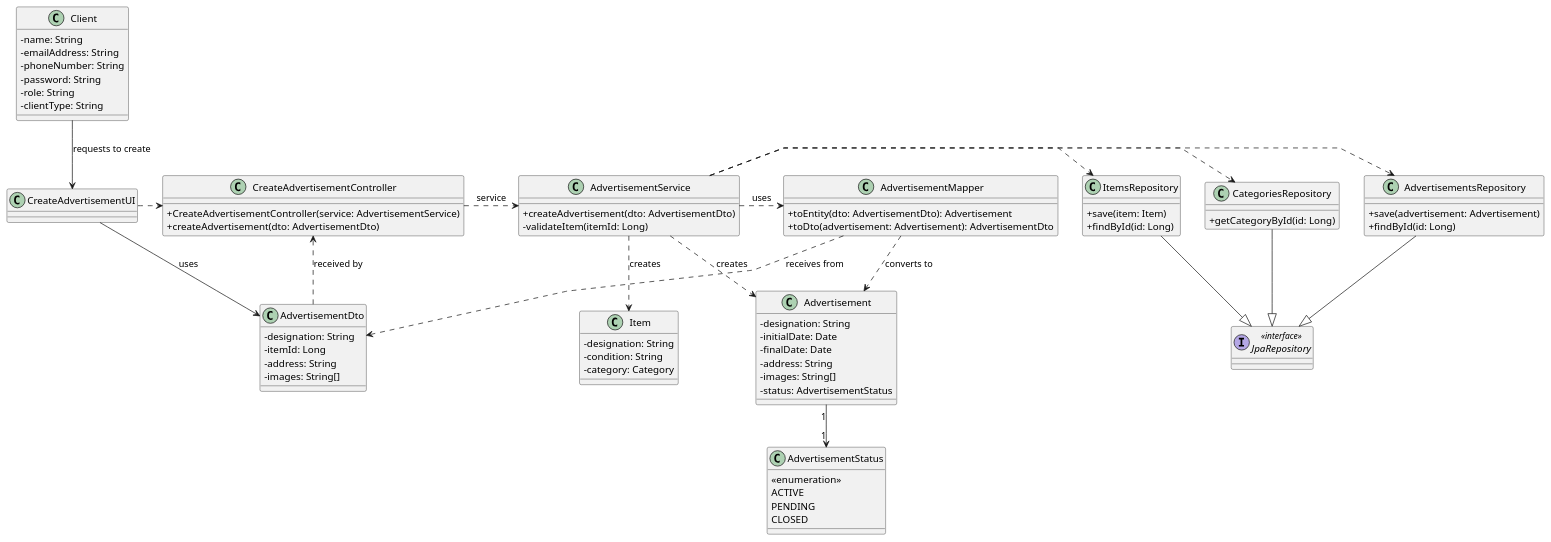
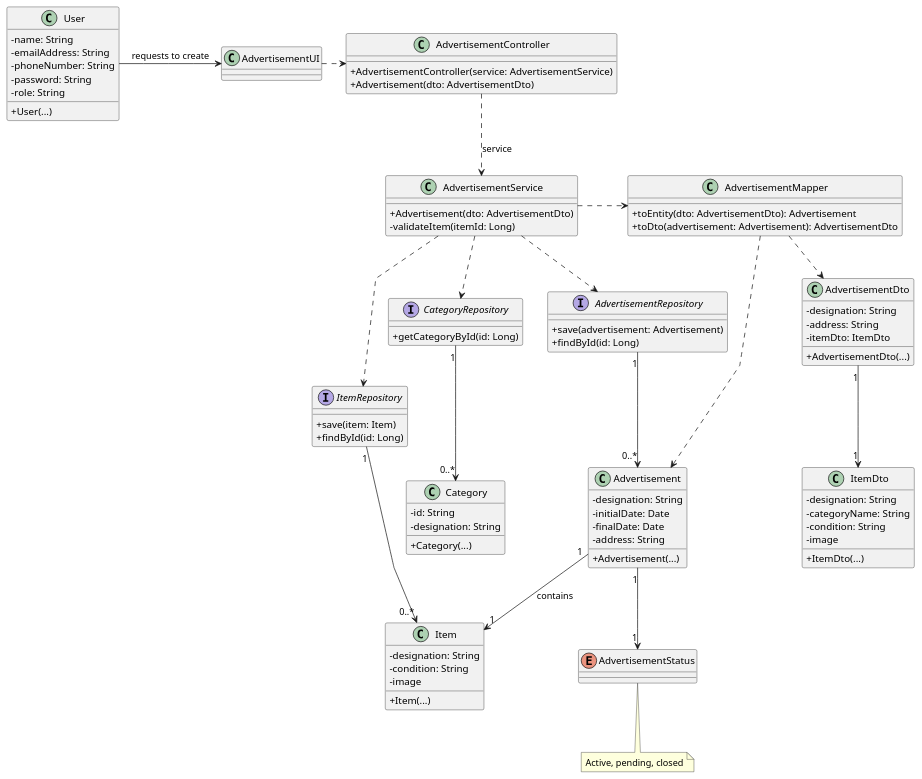
One commit to vivianeaalmeida/ComeAndGet changed the diagram in Docs/US13/03-design/US13-CD.puml. Above: the diagram before and after it, drawn with PlantUML. The commit also changed 7 other files, not shown here.

```diff
--- a/Docs/US13/03-design/US13-CD.puml
+++ b/Docs/US13/03-design/US13-CD.puml
@@ -1,100 +1,110 @@
 @startuml
 skinparam packageStyle rectangle
 skinparam shadowing false
 skinparam linetype polyline
 skinparam classAttributeIconSize 0
 
-class Client {
+class User {
     - name: String
     - emailAddress: String
     - phoneNumber: String
     - password: String
     - role: String
-    - clientType: String
+    + User(...)
 }
 
 class Item {
     - designation: String
     - condition: String
-    - category: Category
+    - image
+    + Item(...)
+}
+
+class ItemDto {
+    - designation: String
+    - categoryName: String
+    - condition: String
+    - image
+    + ItemDto(...)
+}
+
+class Category {
+    - id: String
+    - designation: String
+    + Category(...)
 }
 
 class AdvertisementDto {
     - designation: String
-    - itemId: Long
     - address: String
-    - images: String[]
+    - itemDto: ItemDto
+    + AdvertisementDto(...)
 }
 
 class Advertisement {
     - designation: String
     - initialDate: Date
     - finalDate: Date
     - address: String
-    - images: String[]
-    - status: AdvertisementStatus
+    + Advertisement(...)
 }
 
-class AdvertisementStatus {
-    <<enumeration>>
-    ACTIVE
-    PENDING
-    CLOSED
+enum AdvertisementStatus {
 }
 
-class CategoriesRepository {
+interface CategoryRepository {
     + getCategoryById(id: Long)
 }
-class AdvertisementsRepository {
+interface AdvertisementRepository {
     + save(advertisement: Advertisement)
     + findById(id: Long)
 }
-class ItemsRepository {
+interface ItemRepository {
     + save(item: Item)
     + findById(id: Long)
-}
-
-interface JpaRepository <<interface>> {
 }
 
 class AdvertisementMapper {
     + toEntity(dto: AdvertisementDto): Advertisement
     + toDto(advertisement: Advertisement): AdvertisementDto
 }
 
 class AdvertisementService {
-    + createAdvertisement(dto: AdvertisementDto)
+    + Advertisement(dto: AdvertisementDto)
     - validateItem(itemId: Long)
 }
 
-class CreateAdvertisementController {
-    + CreateAdvertisementController(service: AdvertisementService)
-    + createAdvertisement(dto: AdvertisementDto)
+class AdvertisementController {
+    + AdvertisementController(service: AdvertisementService)
+    + Advertisement(dto: AdvertisementDto)
 }
 
-class CreateAdvertisementUI
+class AdvertisementUI
 
 ' --- Relacionamentos ---
-CreateAdvertisementUI --> AdvertisementDto : uses
-CreateAdvertisementUI .> CreateAdvertisementController
+AdvertisementUI .> AdvertisementController
 
-CreateAdvertisementController .> AdvertisementService : service
+AdvertisementController ..> AdvertisementService : service
 
-AdvertisementService .> AdvertisementMapper : uses
-AdvertisementService .> AdvertisementsRepository
-AdvertisementService .> CategoriesRepository
-AdvertisementService .> ItemsRepository
+AdvertisementService .> AdvertisementMapper
+AdvertisementService ..> AdvertisementRepository
+AdvertisementService ..> CategoryRepository
+AdvertisementService ..> ItemRepository
 
-AdvertisementsRepository --|> JpaRepository
-CategoriesRepository --|> JpaRepository
-ItemsRepository --|> JpaRepository
+ItemRepository "1" -> "0..*" Item
+CategoryRepository "1" --> "0..*" Category
+AdvertisementRepository "1" --> "0..*" Advertisement
 
-Client --> CreateAdvertisementUI : requests to create
+User -> AdvertisementUI : requests to create
 
 Advertisement "1" --> "1" AdvertisementStatus
-AdvertisementDto ..> CreateAdvertisementController : received by
-AdvertisementMapper ..> Advertisement : converts to
-AdvertisementMapper ..> AdvertisementDto : receives from
-AdvertisementService ..> Advertisement : creates
-AdvertisementService ..> Item : creates
+Advertisement "1" --> "1" Item : contains
+AdvertisementMapper ..> AdvertisementDto
+AdvertisementMapper ..> Advertisement
+
+AdvertisementDto "1" --> "1" ItemDto
+note bottom of AdvertisementStatus
+Active, pending, closed
+endnote
+
 @enduml
```
